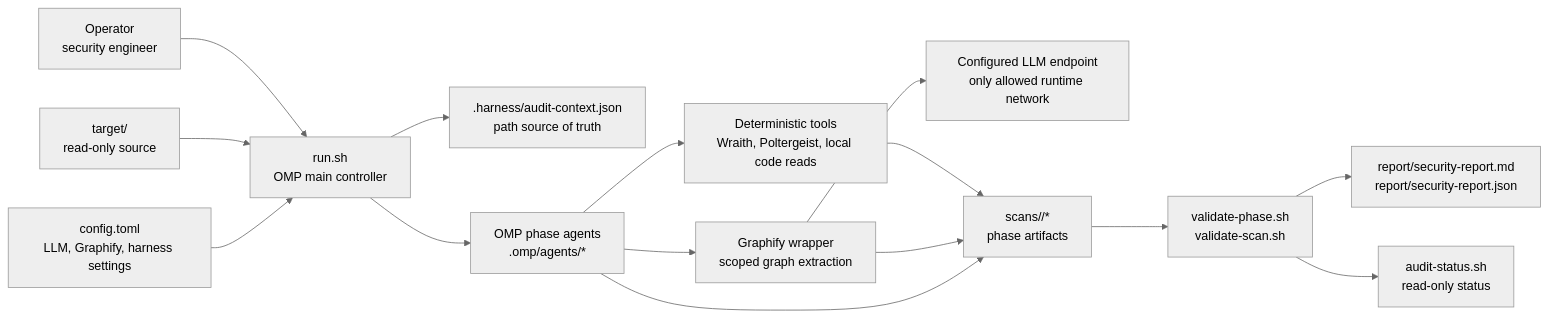
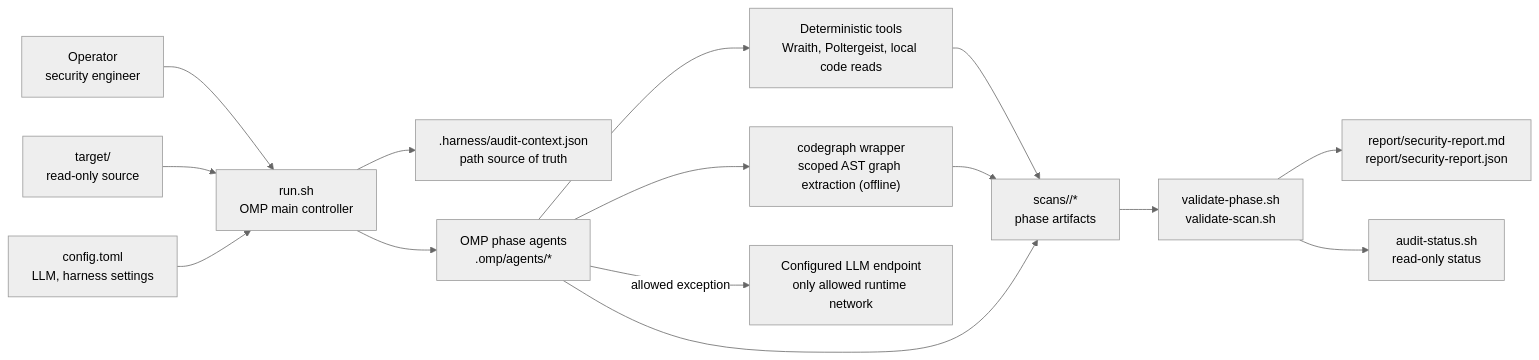
The first of 7 diagrams in ARCHITECTURE.md (xfhg/vulnops), drawn with Mermaid (neutral theme) before and after one commit. The commit also changed other lines of this file and 39 other files, not shown here.

````diff
--- a/ARCHITECTURE.md
+++ b/ARCHITECTURE.md
@@ -18,21 +18,21 @@
 ```mermaid
 flowchart LR
     Operator["Operator\nsecurity engineer"] --> Run["run.sh\nOMP main controller"]
     Target["target/<repo>\nread-only source"] --> Run
-    Config["config.toml\nLLM, Graphify, harness settings"] --> Run
+    Config["config.toml\nLLM, harness settings"] --> Run
 
     Run --> Context[".harness/audit-context.json\npath source of truth"]
     Run --> Agents["OMP phase agents\n.omp/agents/*"]
 
     Agents --> Tools["Deterministic tools\nWraith, Poltergeist, local code reads"]
-    Agents --> Graphify["Graphify wrapper\nscoped graph extraction"]
-    Graphify --> LLM["Configured LLM endpoint\nonly allowed runtime network"]
+    Agents --> Codegraph["codegraph wrapper\nscoped AST graph extraction (offline)"]
+    Agents -->|allowed exception| LLM["Configured LLM endpoint\nonly allowed runtime network"]
 
     Tools --> Artifacts["scans/<repo-id>/*\nphase artifacts"]
-    Graphify --> Artifacts
+    Codegraph --> Artifacts
     Agents --> Artifacts
 
     Artifacts --> Validators["validate-phase.sh\nvalidate-scan.sh"]
     Validators --> Report["report/security-report.md\nreport/security-report.json"]
     Validators --> Status["audit-status.sh\nread-only status"]
 ```
````
